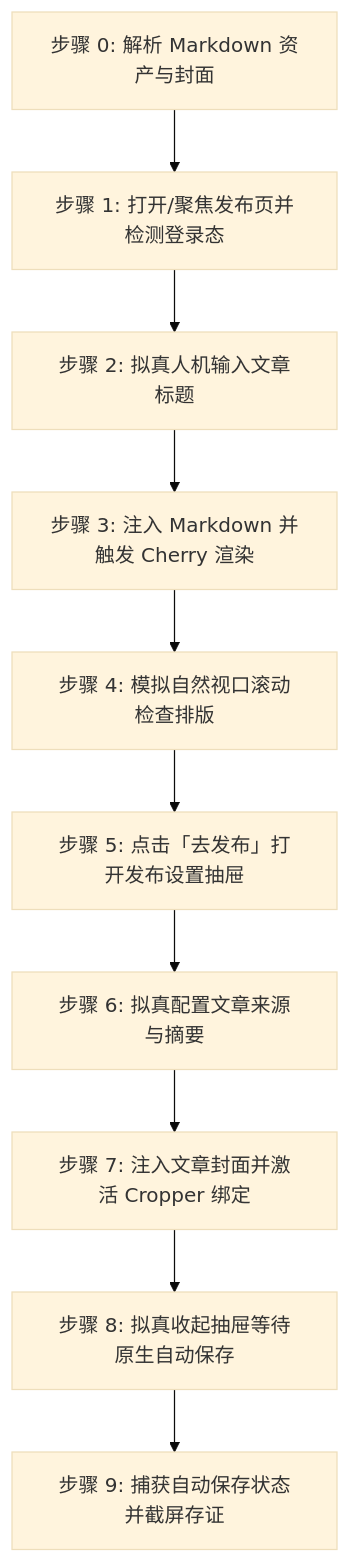
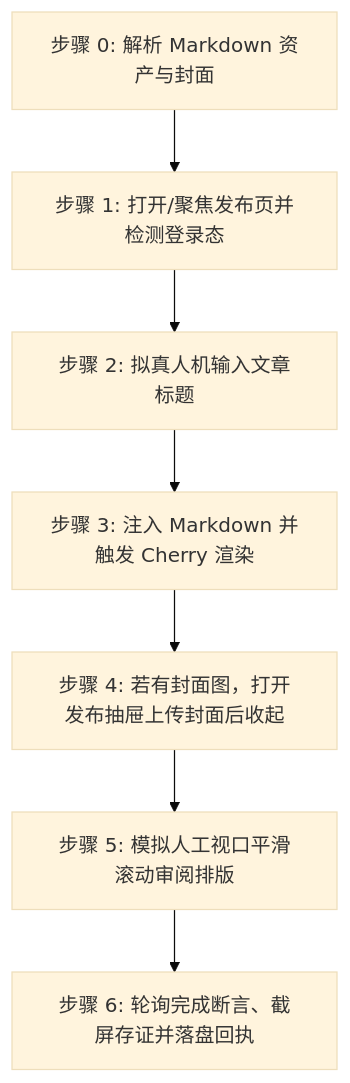
Before and after one commit to undsky/doudou-publish-skills: the diagram in skills/doudou-tencent/SKILL.md, drawn with Mermaid (base theme). The commit also changed other lines of this file and 25 other files, not shown here.

````diff
--- a/skills/doudou-tencent/SKILL.md
+++ b/skills/doudou-tencent/SKILL.md
@@ -127,12 +127,9 @@
 ```mermaid
 flowchart TD
     S0[步骤 0: 解析 Markdown 资产与封面] --> S1[步骤 1: 打开/聚焦发布页并检测登录态]
     S1 --> S2[步骤 2: 拟真人机输入文章标题]
     S2 --> S3[步骤 3: 注入 Markdown 并触发 Cherry 渲染]
-    S3 --> S4[步骤 4: 模拟自然视口滚动检查排版]
-    S4 --> S5[步骤 5: 点击「去发布」打开发布设置抽屉]
-    S5 --> S6[步骤 6: 拟真配置文章来源与摘要]
-    S6 --> S7[步骤 7: 注入文章封面并激活 Cropper 绑定]
-    S7 --> S8[步骤 8: 拟真收起抽屉等待原生自动保存]
-    S8 --> S9[步骤 9: 捕获自动保存状态并截屏存证]
+    S3 --> S4[步骤 4: 若有封面图，打开发布抽屉上传封面后收起]
+    S4 --> S5[步骤 5: 模拟人工视口平滑滚动审阅排版]
+    S5 --> S6[步骤 6: 轮询完成断言、截屏存证并落盘回执]
 ```
````
